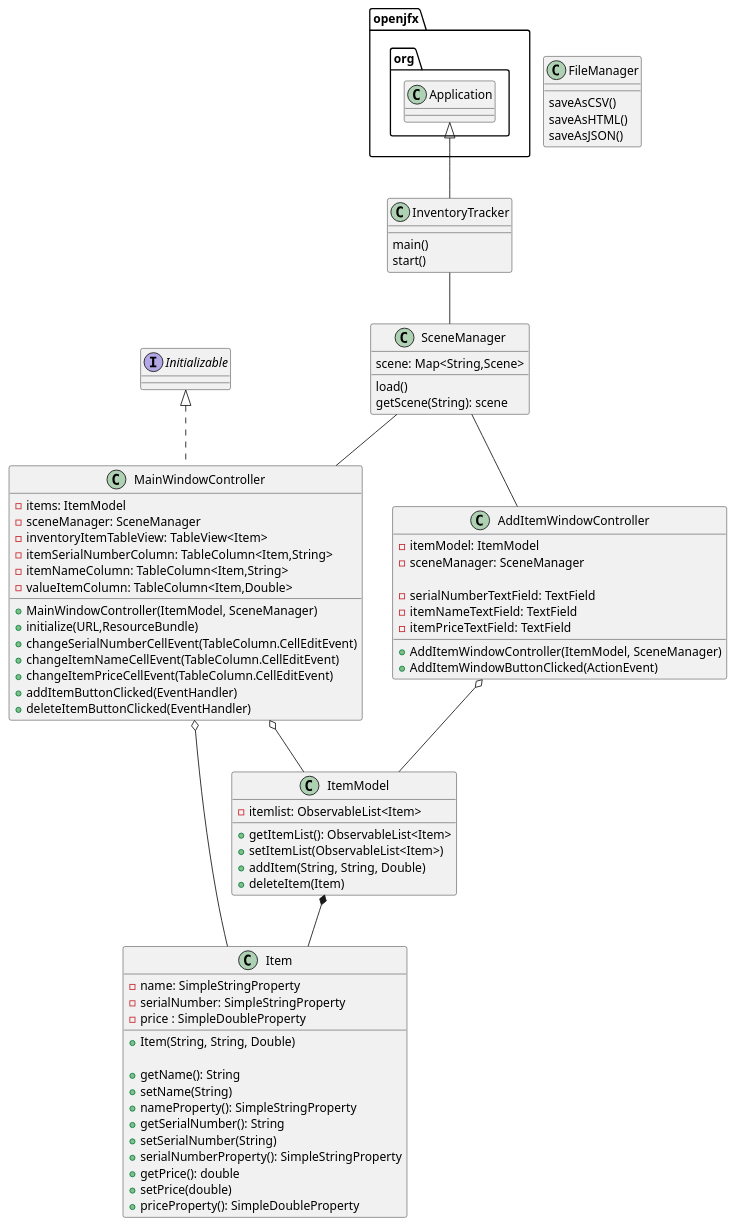
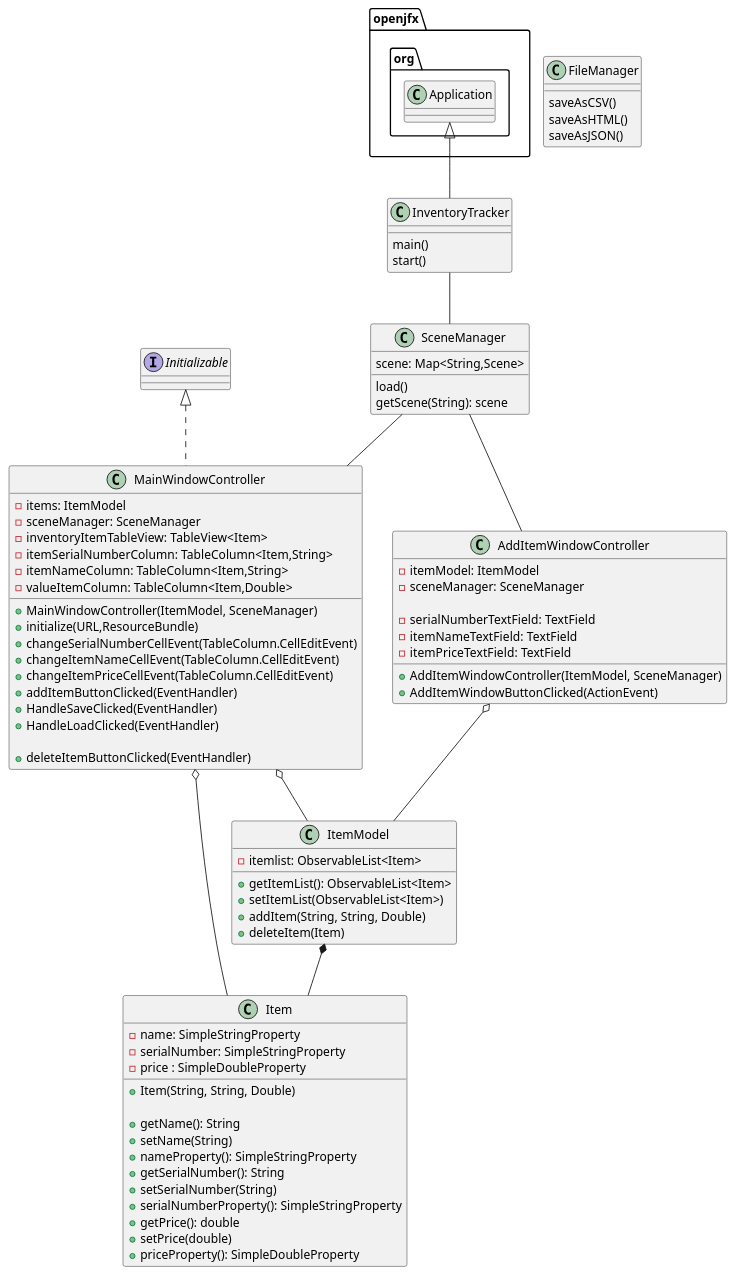
One commit to dangh2809/dang-1526-a5 changed the diagram in uml/Inventory App.puml. Above: the diagram before and after it, drawn with PlantUML.

Commit message:
solution for assignment 2

```diff
--- a/uml/Inventory App.puml
+++ b/uml/Inventory App.puml
@@ -1,84 +1,85 @@
 @startuml
 'https://plantuml.com/class-diagram
 class InventoryTracker{
     main()
     start()
 }
 class SceneManager{
     scene: Map<String,Scene>
 
     load()
     getScene(String): scene
 }
 class MainWindowController implements Initializable{
     -items: ItemModel
     -sceneManager: SceneManager
     -inventoryItemTableView: TableView<Item>
     -itemSerialNumberColumn: TableColumn<Item,String>
     -itemNameColumn: TableColumn<Item,String>
     -valueItemColumn: TableColumn<Item,Double>
 
 
     +MainWindowController(ItemModel, SceneManager)
     +initialize(URL,ResourceBundle)
     +changeSerialNumberCellEvent(TableColumn.CellEditEvent)
     +changeItemNameCellEvent(TableColumn.CellEditEvent)
     +changeItemPriceCellEvent(TableColumn.CellEditEvent)
     +addItemButtonClicked(EventHandler)
-    
+    +HandleSaveClicked(EventHandler)
+    +HandleLoadClicked(EventHandler)
 
     +deleteItemButtonClicked(EventHandler)
 
 }
 class AddItemWindowController{
     -itemModel: ItemModel
     -sceneManager: SceneManager
 
     -serialNumberTextField: TextField
     -itemNameTextField: TextField
     -itemPriceTextField: TextField
 
     +AddItemWindowController(ItemModel, SceneManager)
     +AddItemWindowButtonClicked(ActionEvent)
 
 }
 class ItemModel{
     - itemlist: ObservableList<Item>
 
     +getItemList(): ObservableList<Item>
     +setItemList(ObservableList<Item>)
     +addItem(String, String, Double)
     +deleteItem(Item)
 
 }
 class Item{
     -name: SimpleStringProperty
     -serialNumber: SimpleStringProperty
     - price : SimpleDoubleProperty
 
     +Item(String, String, Double)
 
     +getName(): String
     +setName(String)
     +nameProperty(): SimpleStringProperty
     +getSerialNumber(): String
     +setSerialNumber(String)
     +serialNumberProperty(): SimpleStringProperty
     +getPrice(): double
     +setPrice(double)
     +priceProperty(): SimpleDoubleProperty
 }
 class FileManager{
     saveAsCSV()
     saveAsHTML()
     saveAsJSON()
 }
 openjfx.org.Application <|-- InventoryTracker
 InventoryTracker -- SceneManager
 SceneManager -- MainWindowController
 SceneManager -- AddItemWindowController
 MainWindowController o-- ItemModel
 MainWindowController o-- Item
 AddItemWindowController o-- ItemModel
 ItemModel *-- Item
 @enduml
```
